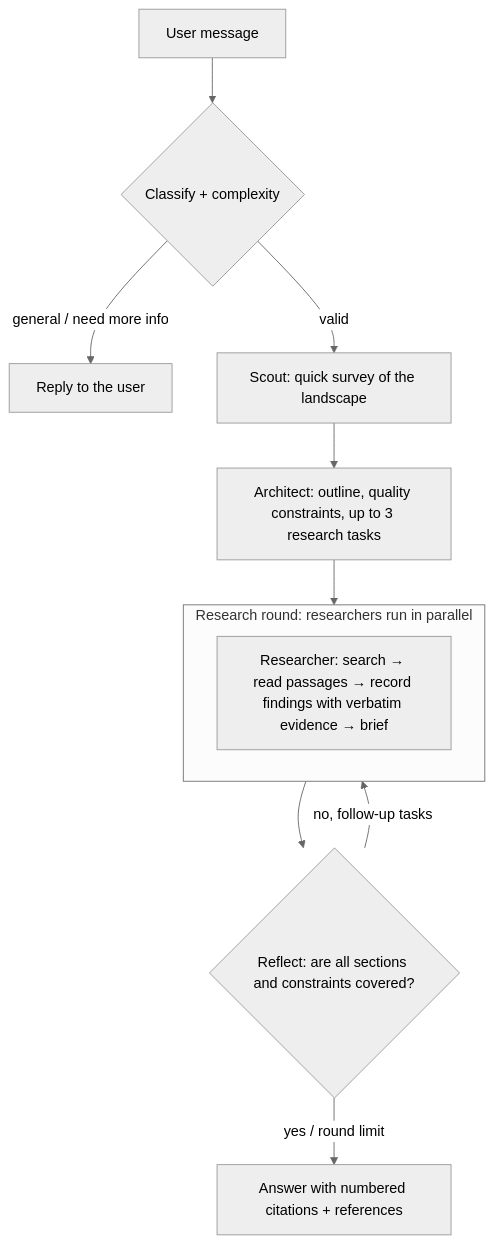
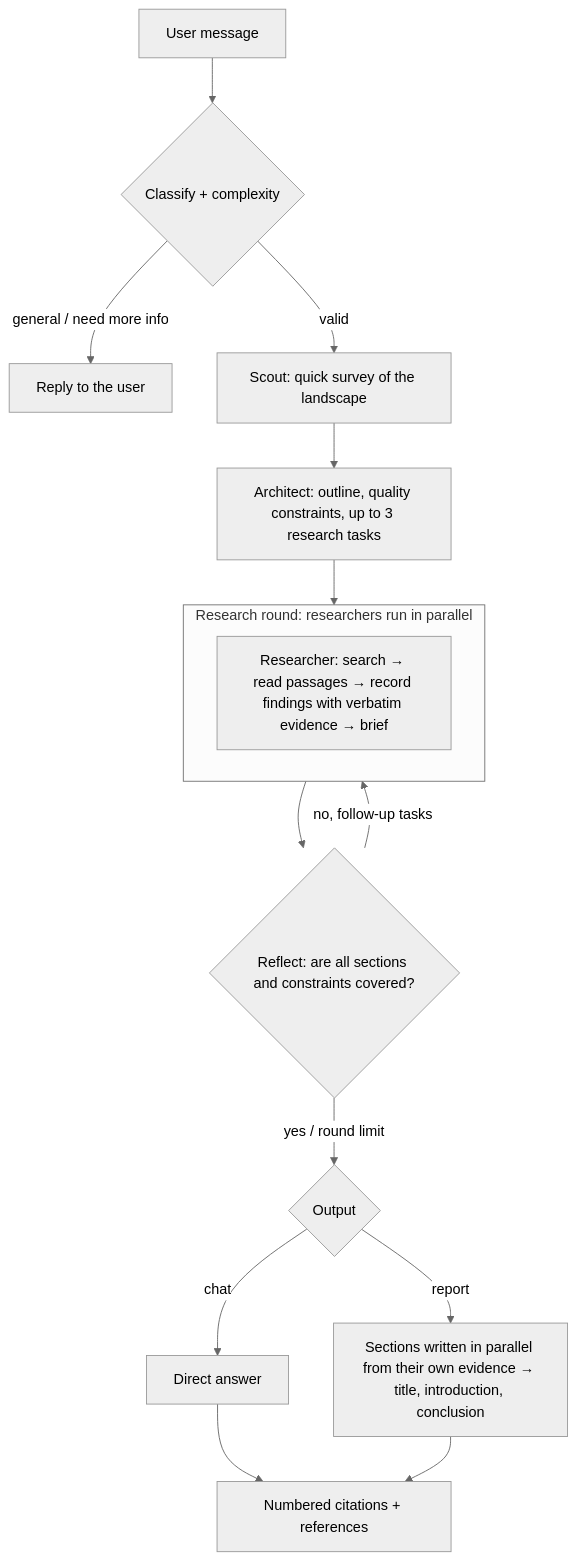
The diagram in README.md (lorenzofavaro/deep-research), drawn with Mermaid (neutral theme) before and after one commit. The commit also changed other lines of this file and 8 other files, not shown here.

First line of the commit message:
Phase 4: report mode written section by section

````diff
--- a/README.md
+++ b/README.md
@@ -9,14 +9,18 @@
 ```mermaid
 flowchart TD
     U[User message] --> C{Classify + complexity}
     C -- general / need more info --> R[Reply to the user]
     C -- valid --> SC[Scout: quick survey of the landscape]
     SC --> P[Architect: outline, quality constraints, up to 3 research tasks]
     P --> S
     subgraph S[Research round: researchers run in parallel]
         A[Researcher: search → read passages → record findings with verbatim evidence → brief]
     end
     S --> F{Reflect: are all sections and constraints covered?}
     F -- no, follow-up tasks --> S
-    F -- yes / round limit --> X[Answer with numbered citations + references]
+    F -- yes / round limit --> M{Output}
+    M -- chat --> X[Direct answer]
+    M -- report --> W[Sections written in parallel from their own evidence → title, introduction, conclusion]
+    X --> REF[Numbered citations + references]
+    W --> REF
 ```
````
